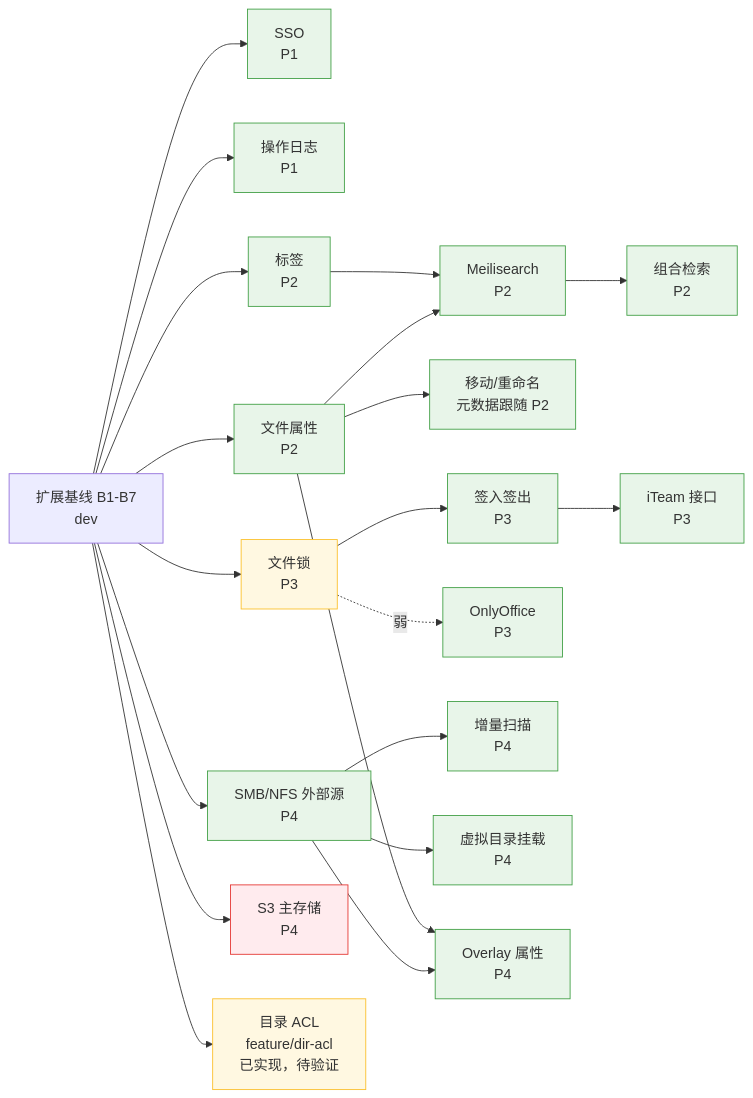
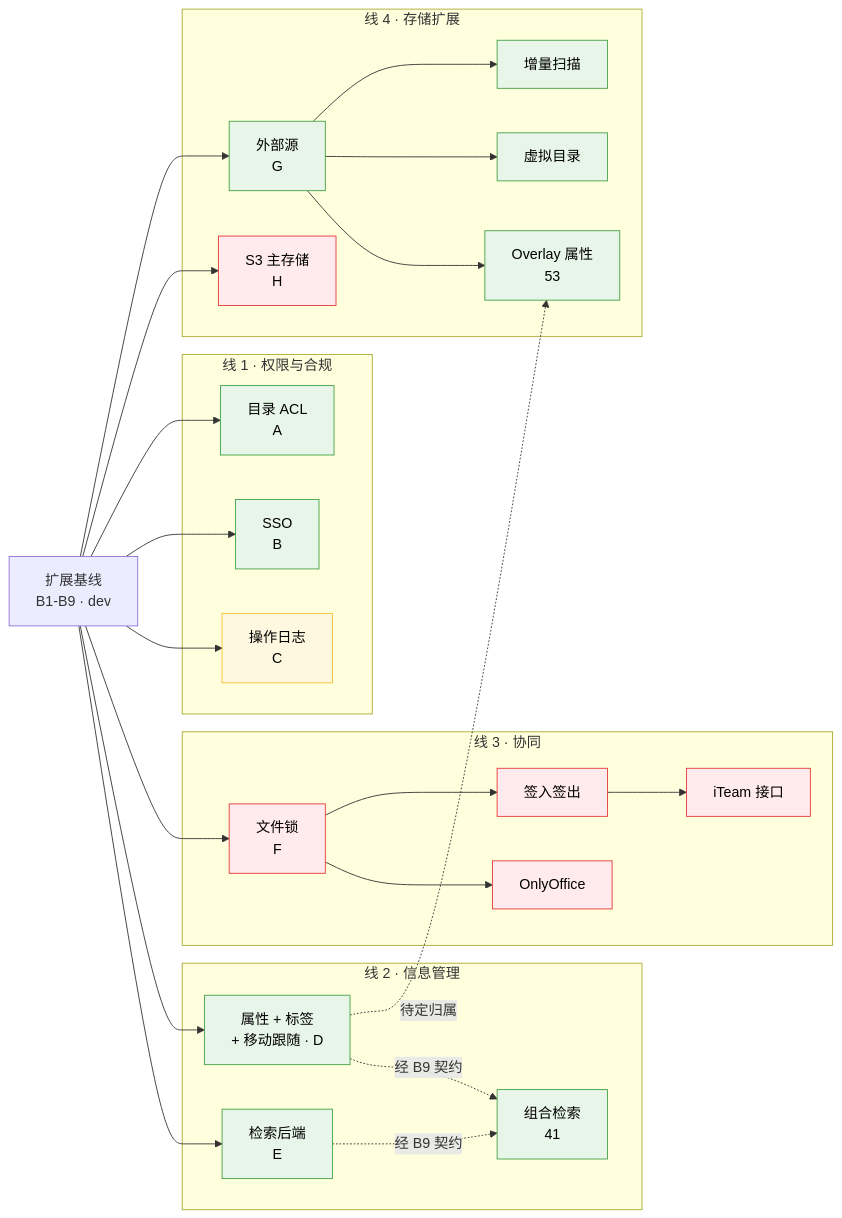
Before and after one commit to eaopen/cloudfile-docker: the diagram in docs/BRANCHES.md, drawn with Mermaid. The commit also changed other lines of this file and 7 other files, not shown here.

````diff
--- a/docs/BRANCHES.md
+++ b/docs/BRANCHES.md
@@ -81,34 +225,47 @@
 ```mermaid
 graph LR
-  B["扩展基线 B1-B7<br/>dev"]
+  B["扩展基线<br/>B1-B9 · dev"]
 
-  B --> SSO["SSO<br/>P1"]
-  B --> AUDIT["操作日志<br/>P1"]
-  B --> ATTR["文件属性<br/>P2"]
-  B --> TAG["标签<br/>P2"]
-  B --> LOCK["文件锁<br/>P3"]
-  B --> EXT["SMB/NFS 外部源<br/>P4"]
-  B --> S3["S3 主存储<br/>P4"]
-  B --> ACL["目录 ACL<br/>feature/dir-acl<br/>已实现，待验证"]
+  subgraph L1["线 1 · 权限与合规"]
+    ACL["目录 ACL<br/>A"]
+    SSO["SSO<br/>B"]
+    AUDIT["操作日志<br/>C"]
+  end
 
-  ATTR --> MEILI["Meilisearch<br/>P2"]
-  TAG --> MEILI
-  MEILI --> SEARCH["组合检索<br/>P2"]
-  ATTR --> MVMETA["移动/重命名<br/>元数据跟随 P2"]
+  subgraph L2["线 2 · 信息管理"]
+    ATTR["属性 + 标签<br/>+ 移动跟随 · D"]
+    SRCH["检索后端<br/>E"]
+    COMB["组合检索<br/>41"]
+  end
 
-  LOCK --> CHECKOUT["签入签出<br/>P3"]
-  LOCK -.弱.-> OFFICE["OnlyOffice<br/>P3"]
-  CHECKOUT --> ITEAM["iTeam 接口<br/>P3"]
+  subgraph L3["线 3 · 协同"]
+    LOCK["文件锁<br/>F"]
+    CHECKOUT["签入签出"]
+    OFFICE["OnlyOffice"]
+    ITEAM["iTeam 接口"]
+  end
 
-  EXT --> SCAN["增量扫描<br/>P4"]
-  EXT --> VDIR["虚拟目录挂载<br/>P4"]
-  EXT --> OVERLAY["Overlay 属性<br/>P4"]
-  ATTR --> OVERLAY
+  subgraph L4["线 4 · 存储扩展"]
+    EXT["外部源<br/>G"]
+    SCAN["增量扫描"]
+    VDIR["虚拟目录"]
+    OVERLAY["Overlay 属性<br/>53"]
+    S3["S3 主存储<br/>H"]
+  end
 
-  classDef free fill:#e8f5e9,stroke:#43a047
-  classDef cheap fill:#fff8e1,stroke:#fbc02d
-  classDef costly fill:#ffebee,stroke:#e53935
-  class SSO,AUDIT,ATTR,TAG,MEILI,SEARCH,MVMETA,OFFICE,CHECKOUT,ITEAM,EXT,SCAN,VDIR,OVERLAY free
-  class ACL,LOCK cheap
-  class S3 costly
+  B --> ACL & SSO & AUDIT & ATTR & SRCH & LOCK & EXT & S3
+
+  ATTR -.经 B9 契约.-> COMB
+  SRCH -.经 B9 契约.-> COMB
+  LOCK --> CHECKOUT --> ITEAM
+  LOCK --> OFFICE
+  EXT --> SCAN & VDIR & OVERLAY
+  ATTR -.待定归属.-> OVERLAY
+
+  classDef free fill:#e8f5e9,stroke:#43a047,color:#000
+  classDef blocked fill:#fff8e1,stroke:#fbc02d,color:#000
+  classDef costly fill:#ffebee,stroke:#e53935,color:#000
+  class ACL,SSO,ATTR,SRCH,COMB,EXT,SCAN,VDIR,OVERLAY free
+  class AUDIT blocked
+  class LOCK,CHECKOUT,OFFICE,ITEAM,S3 costly
 ```
````
